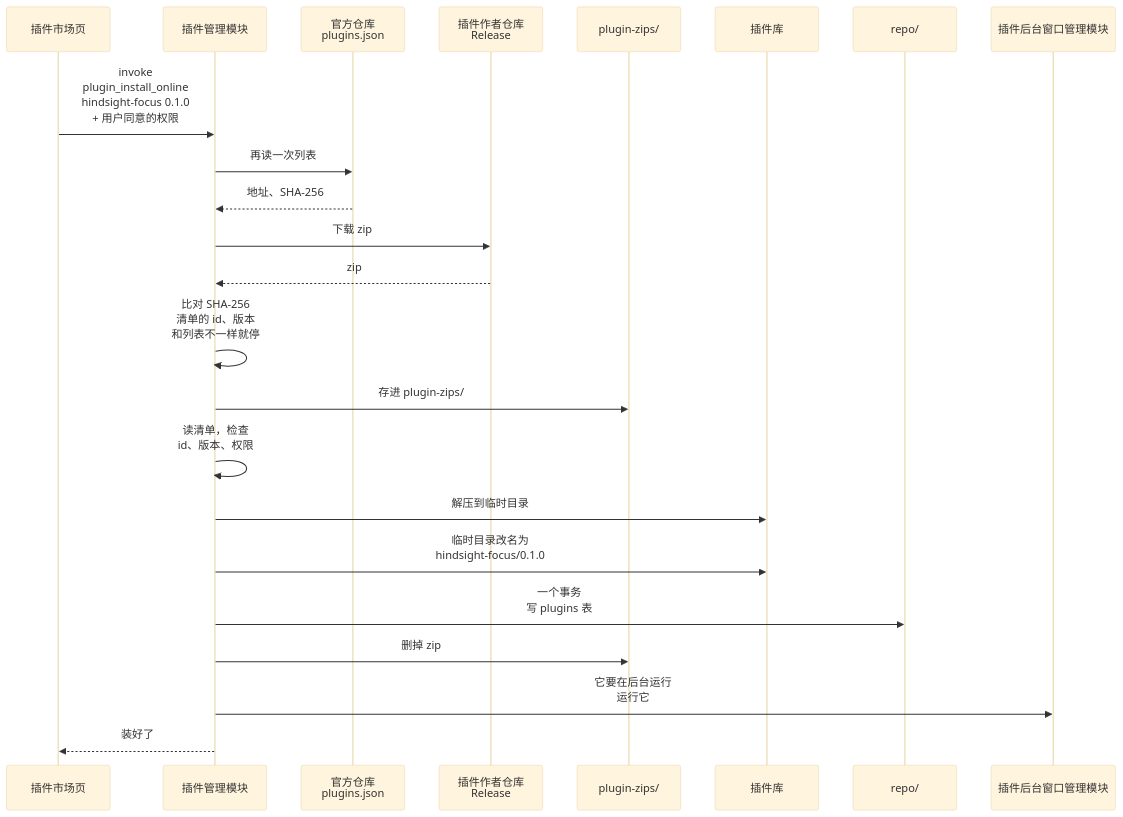
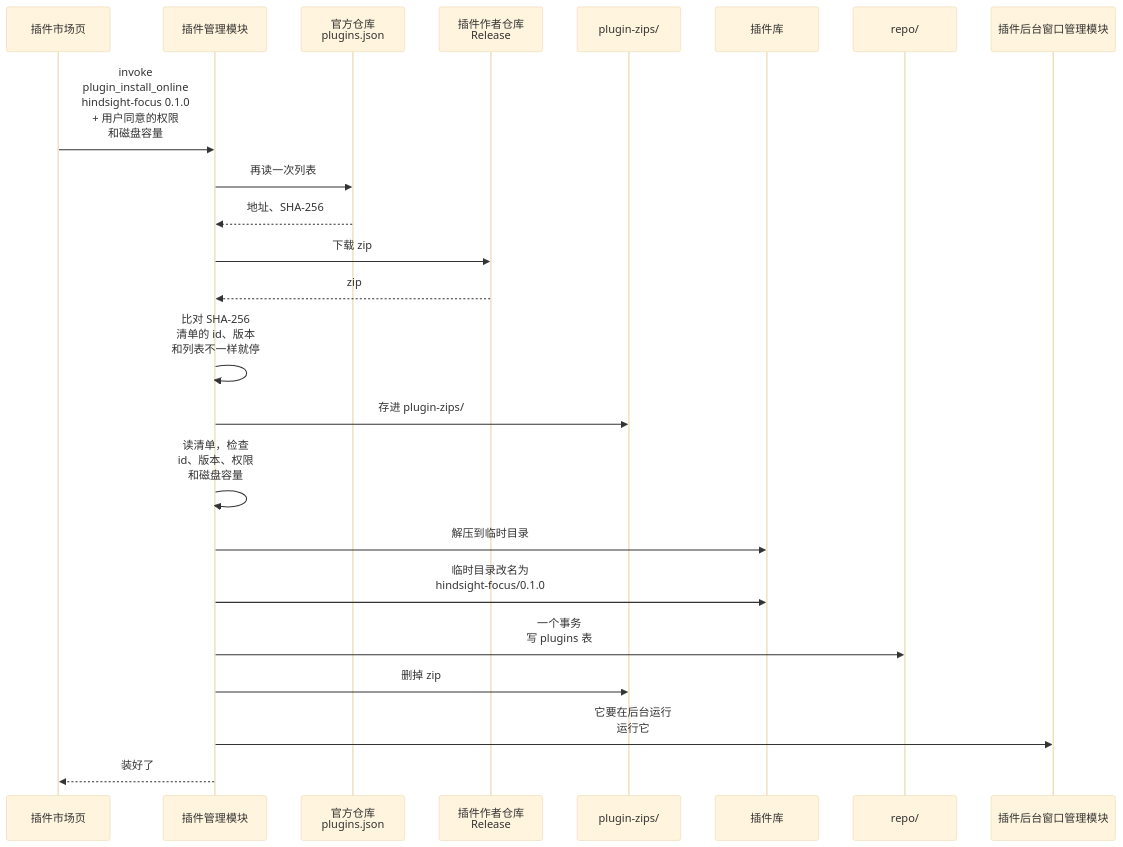
Before and after one commit to Tomotsugu-dev/Hindsight: the first of 3 diagrams in docs/design/plugins/zh/install.md, drawn with Mermaid (base theme). The commit also changed other lines of this file and 9 other files, not shown here.

````diff
--- a/docs/design/plugins/zh/install.md
+++ b/docs/design/plugins/zh/install.md
@@ -13,25 +13,25 @@
 ```mermaid
 sequenceDiagram
   participant M as 插件市场页
   participant G as 插件管理模块
   participant IDX as 官方仓库<br/>plugins.json
   participant REL as 插件作者仓库<br/>Release
   participant Z as plugin-zips/
   participant D as 插件库
   participant R as repo/
   participant W as 插件后台窗口管理模块
-  M->>G: invoke<br/>plugin_install_online<br/>hindsight-focus 0.1.0<br/>+ 用户同意的权限
+  M->>G: invoke<br/>plugin_install_online<br/>hindsight-focus 0.1.0<br/>+ 用户同意的权限<br/>和磁盘容量
   G->>IDX: 再读一次列表
   IDX-->>G: 地址、SHA-256
   G->>REL: 下载 zip
   REL-->>G: zip
   G->>G: 比对 SHA-256<br/>清单的 id、版本<br/>和列表不一样就停
   G->>Z: 存进 plugin-zips/
-  G->>G: 读清单，检查<br/>id、版本、权限
+  G->>G: 读清单，检查<br/>id、版本、权限<br/>和磁盘容量
   G->>D: 解压到临时目录
   G->>D: 临时目录改名为<br/>hindsight-focus/0.1.0
   G->>R: 一个事务<br/>写 plugins 表
   G->>Z: 删掉 zip
   G->>W: 它要在后台运行<br/>运行它
   G-->>M: 装好了
 ```
````
